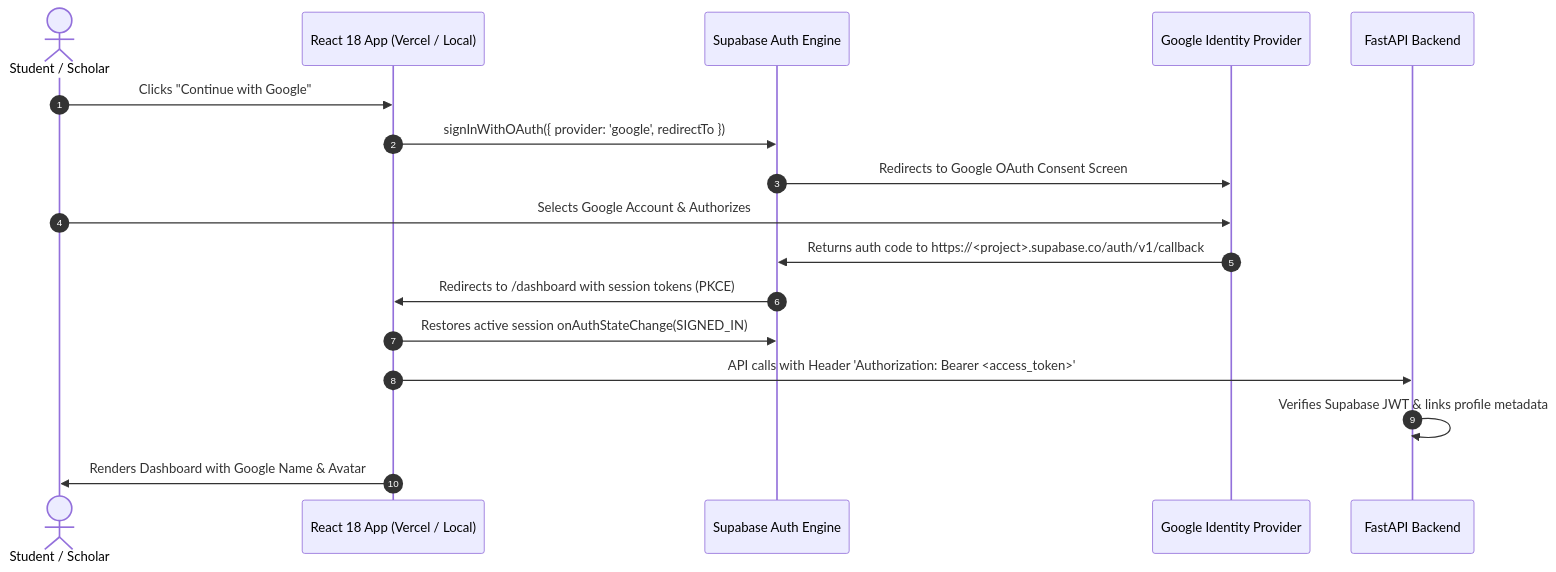
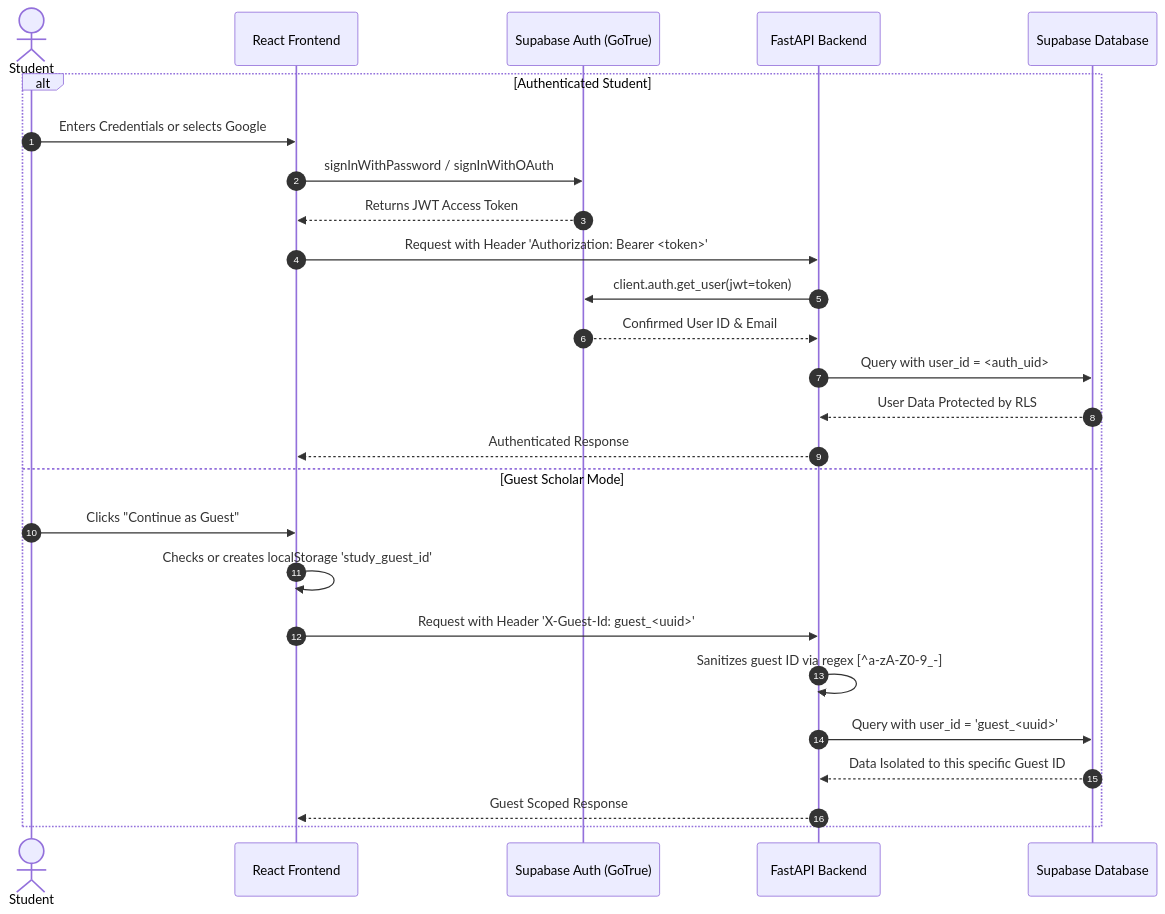
The fifth of 7 diagrams in README.md (Ashish10102006/ai-study-assistant), drawn with Mermaid before and after one commit. The commit also changed other lines of this file, not shown here.

Commit message:
docs: overhaul README with comprehensive user flows, architecture diagrams, and usage guide

````diff
--- a/README.md
+++ b/README.md
@@ -200,20 +431,29 @@
 ```mermaid
 sequenceDiagram
     autonumber
-    actor Student as Student / Scholar
-    participant Frontend as React 18 App (Vercel / Local)
-    participant Supabase as Supabase Auth Engine
-    participant Google as Google Identity Provider
+    actor User as Student
+    participant Browser as React Frontend
+    participant SupabaseAuth as Supabase Auth (GoTrue)
     participant Backend as FastAPI Backend
+    participant SupabaseDB as Supabase Database
 
-    Student->>Frontend: Clicks "Continue with Google"
-    Frontend->>Supabase: signInWithOAuth({ provider: 'google', redirectTo })
-    Supabase->>Google: Redirects to Google OAuth Consent Screen
-    Student->>Google: Selects Google Account & Authorizes
-    Google->>Supabase: Returns auth code to https://<project>.supabase.co/auth/v1/callback
-    Supabase->>Frontend: Redirects to /dashboard with session tokens (PKCE)
-    Frontend->>Supabase: Restores active session onAuthStateChange(SIGNED_IN)
-    Frontend->>Backend: API calls with Header 'Authorization: Bearer <access_token>'
-    Backend->>Backend: Verifies Supabase JWT & links profile metadata
-    Frontend->>Student: Renders Dashboard with Google Name & Avatar
+    alt Authenticated Student
+        User->>Browser: Enters Credentials or selects Google
+        Browser->>SupabaseAuth: signInWithPassword / signInWithOAuth
+        SupabaseAuth-->>Browser: Returns JWT Access Token
+        Browser->>Backend: Request with Header 'Authorization: Bearer <token>'
+        Backend->>SupabaseAuth: client.auth.get_user(jwt=token)
+        SupabaseAuth-->>Backend: Confirmed User ID & Email
+        Backend->>SupabaseDB: Query with user_id = <auth_uid>
+        SupabaseDB-->>Backend: User Data Protected by RLS
+        Backend-->>Browser: Authenticated Response
+    else Guest Scholar Mode
+        User->>Browser: Clicks "Continue as Guest"
+        Browser->>Browser: Checks or creates localStorage 'study_guest_id'
+        Browser->>Backend: Request with Header 'X-Guest-Id: guest_<uuid>'
+        Backend->>Backend: Sanitizes guest ID via regex [^a-zA-Z0-9_-]
+        Backend->>SupabaseDB: Query with user_id = 'guest_<uuid>'
+        SupabaseDB-->>Backend: Data Isolated to this specific Guest ID
+        Backend-->>Browser: Guest Scoped Response
+    end
 ```
````
